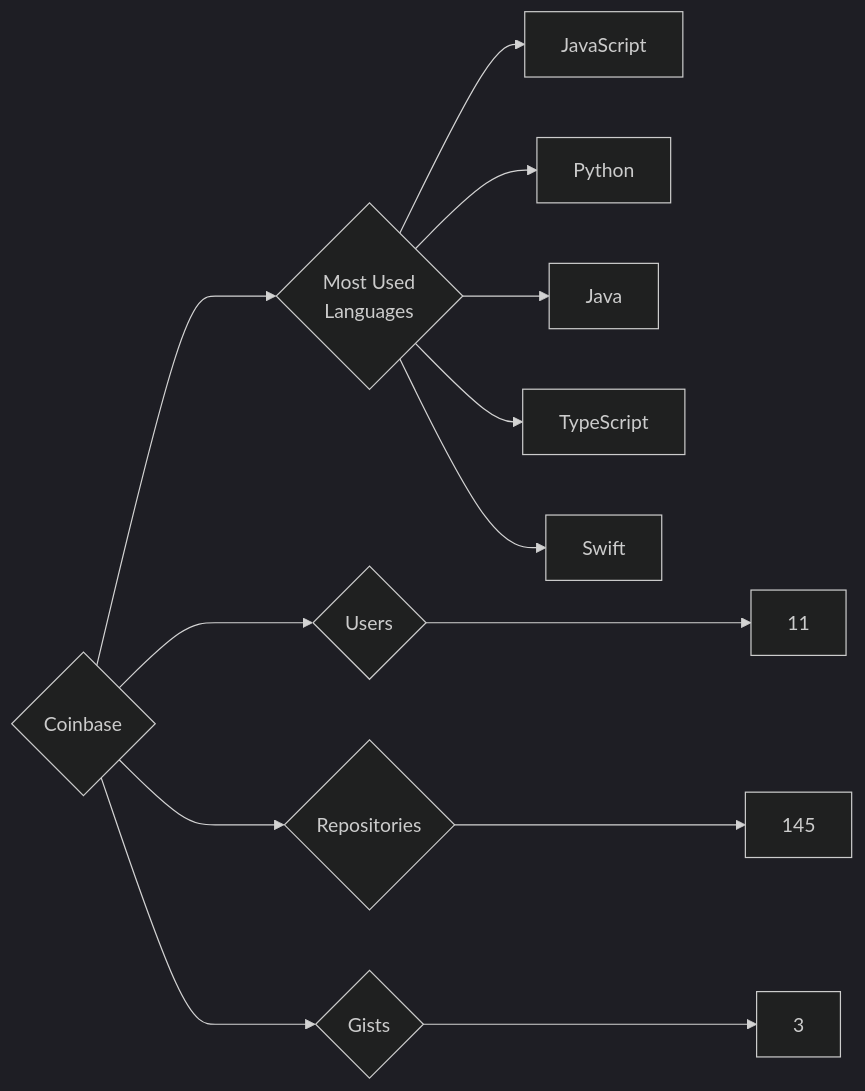
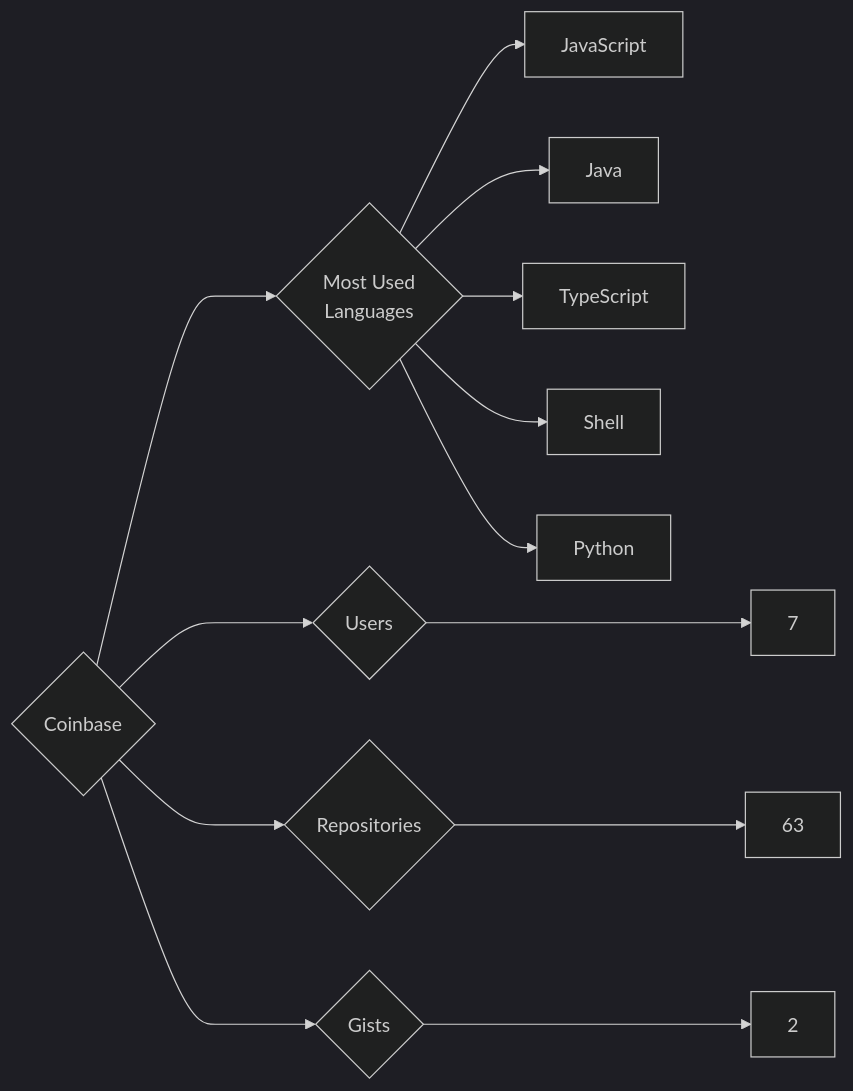
The diagram in targets/Coinbase/README.md (trickest/insiders), drawn with Mermaid (dark theme) before and after one commit. The commit also changed 783 other files, not shown here.

````diff
--- a/targets/Coinbase/README.md
+++ b/targets/Coinbase/README.md
@@ -3,13 +3,13 @@
 ```mermaid
 graph LR
 COMPANY_NAME{Coinbase}
-COMPANY_NAME ---> U{Users} ---> UN[11]
-COMPANY_NAME ---> R{Repositories} ---> RN[145]
-COMPANY_NAME ---> G{Gists} ---> GN[3]
+COMPANY_NAME ---> U{Users} ---> UN[7]
+COMPANY_NAME ---> R{Repositories} ---> RN[63]
+COMPANY_NAME ---> G{Gists} ---> GN[2]
 COMPANY_NAME ---> ML{Most Used<br>Languages}
 ML --> JavaScript[JavaScript]
-ML --> Python[Python]
 ML --> Java[Java]
 ML --> TypeScript[TypeScript]
-ML --> Swift[Swift]
+ML --> Shell[Shell]
+ML --> Python[Python]
 ```
````
